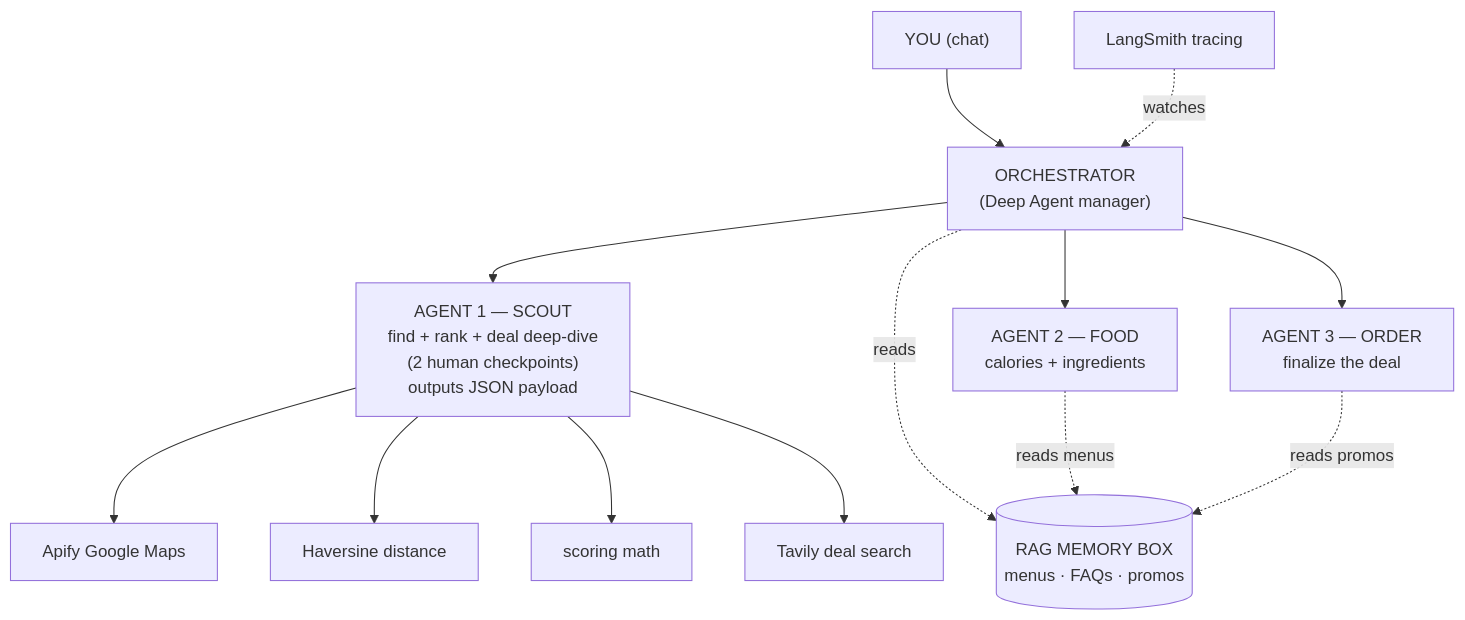
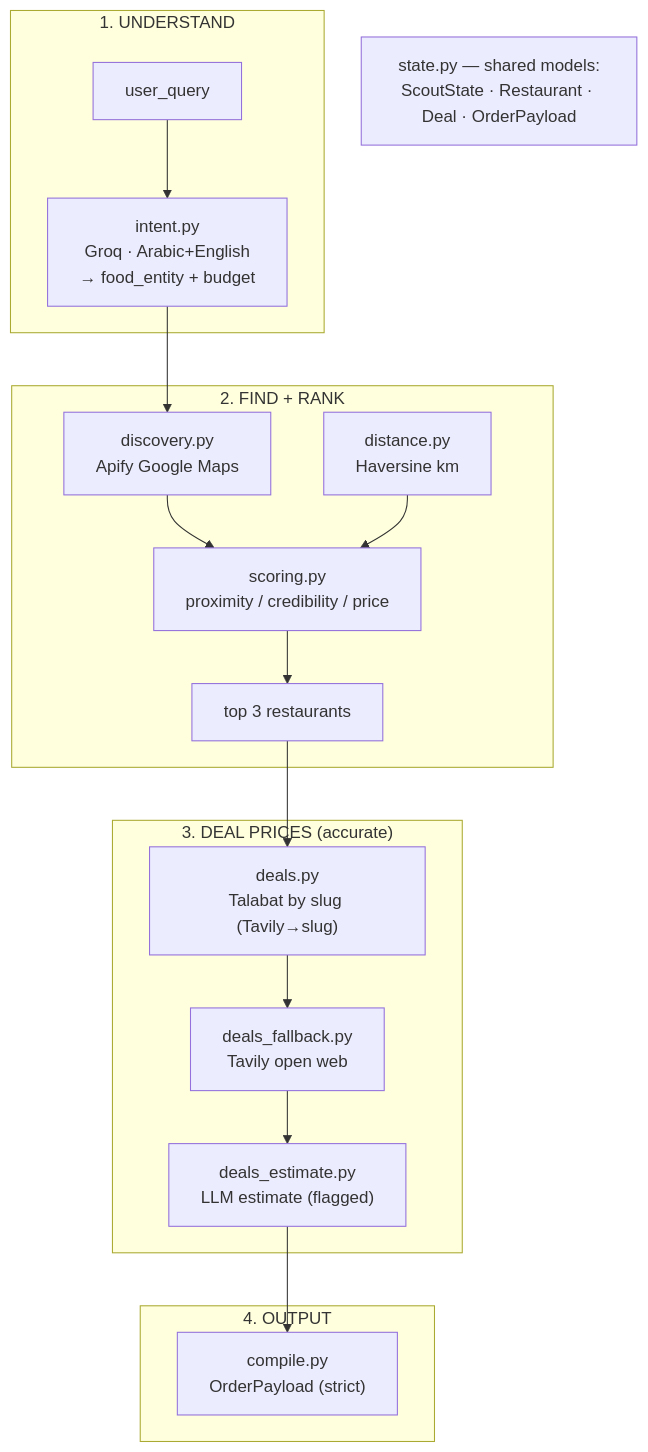
Before and after one commit to Abdallah035/FoodPilot-AI: the third of 5 diagrams in README.md, drawn with Mermaid. The commit also changed other lines of this file and 1 other file, not shown here.

````diff
--- a/README.md
+++ b/README.md
@@ -33,16 +60,26 @@
 ```mermaid
 flowchart TD
-    U["YOU (chat)"] --> O
-    O["ORCHESTRATOR<br/>(Deep Agent manager)"]
-    O --> SC["AGENT 1 — SCOUT<br/>find + rank + deal deep-dive<br/>(2 human checkpoints)<br/>outputs JSON payload"]
-    O --> FD["AGENT 2 — FOOD<br/>calories + ingredients"]
-    O --> OR["AGENT 3 — ORDER<br/>finalize the deal"]
-    O -.reads.-> R[("RAG MEMORY BOX<br/>menus · FAQs · promos")]
-    SC --> SC1["Apify Google Maps"]
-    SC --> SC2["Haversine distance"]
-    SC --> SC3["scoring math"]
-    SC --> SC4["Tavily deal search"]
-    FD -.reads menus.-> R
-    OR -.reads promos.-> R
-    LS["LangSmith tracing"] -.watches.-> O
+    subgraph in[" 1. UNDERSTAND "]
+      Q["user_query"] --> INT["intent.py<br/>Groq · Arabic+English<br/>→ food_entity + budget"]
+    end
+
+    subgraph find[" 2. FIND + RANK "]
+      DISC["discovery.py<br/>Apify Google Maps"] --> SC["scoring.py<br/>proximity / credibility / price"]
+      DIST["distance.py<br/>Haversine km"] --> SC
+      SC --> TOP["top 3 restaurants"]
+    end
+
+    subgraph deals[" 3. DEAL PRICES (accurate) "]
+      T1["deals.py<br/>Talabat by slug (Tavily→slug)"] --> T2["deals_fallback.py<br/>Tavily open web"]
+      T2 --> T3["deals_estimate.py<br/>LLM estimate (flagged)"]
+    end
+
+    subgraph out[" 4. OUTPUT "]
+      COMP["compile.py<br/>OrderPayload (strict)"]
+    end
+
+    INT --> DISC
+    TOP --> T1
+    T3 --> COMP
+    ST["state.py — shared models:<br/>ScoutState · Restaurant · Deal · OrderPayload"]
 ```
````
